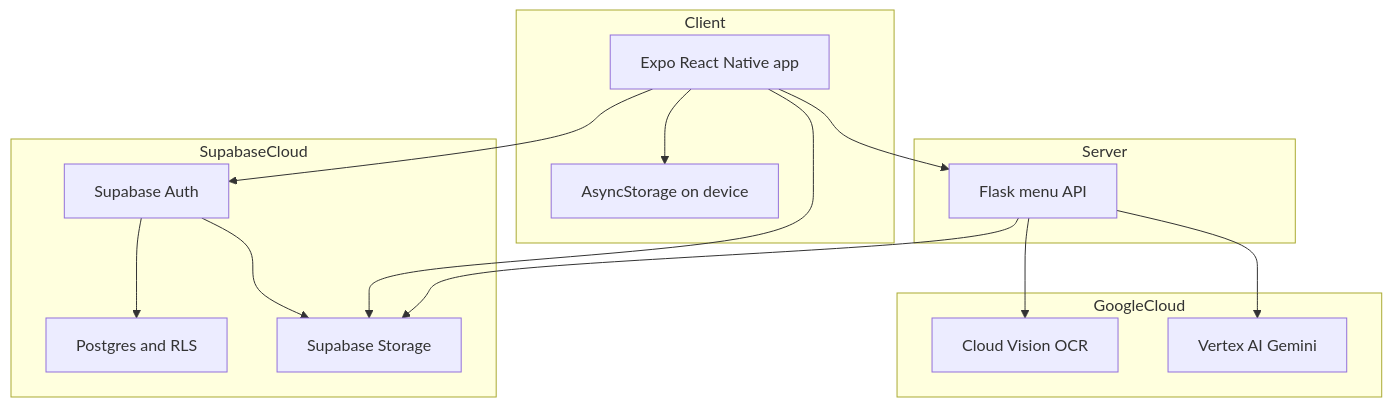
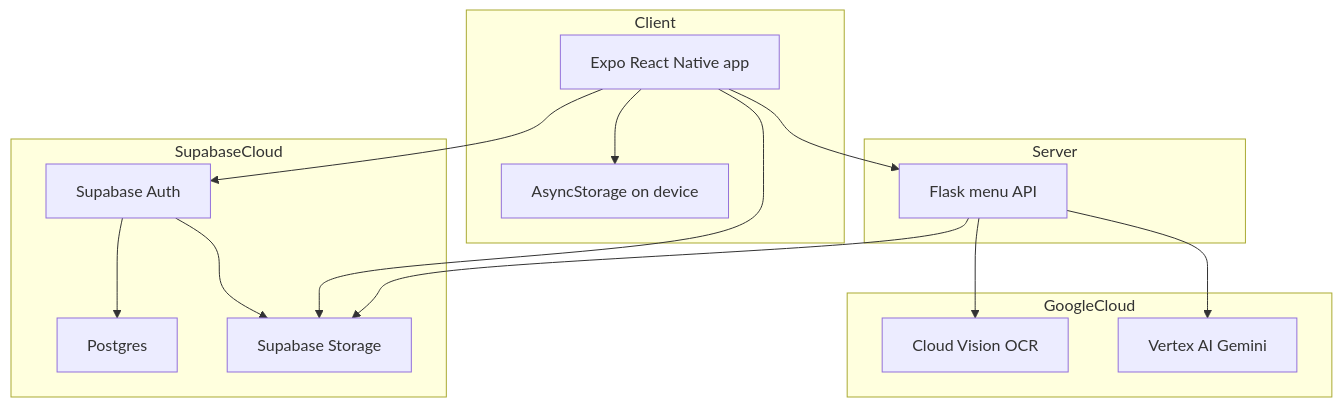
One commit to qianxuege/PickMyPlate2 changed the first of 4 diagrams in docs/dev-specs/us6-restaurant-menu-upload.md. Above: the diagram before and after it, drawn with Mermaid. The commit also changed other lines of this file, not shown here.

````diff
--- a/docs/dev-specs/us6-restaurant-menu-upload.md
+++ b/docs/dev-specs/us6-restaurant-menu-upload.md
@@ -22,28 +22,28 @@
 ```mermaid
 graph TB
   subgraph Client
     ExpoApp[Expo React Native app]
     AsyncStore[AsyncStorage on device]
     ExpoApp --> AsyncStore
   end
   subgraph Server
     Flask[Flask menu API]
   end
   subgraph SupabaseCloud
     Auth[Supabase Auth]
-    PG[Postgres and RLS]
+    PG[Postgres]
     StorageAPI[Supabase Storage]
     Auth --> PG
     Auth --> StorageAPI
   end
   subgraph GoogleCloud
     Vision[Cloud Vision OCR]
     Vertex[Vertex AI Gemini]
   end
   ExpoApp --> Auth
   ExpoApp --> StorageAPI
   ExpoApp --> Flask
   Flask --> Vision
   Flask --> Vertex
   Flask --> StorageAPI
 ```
````
